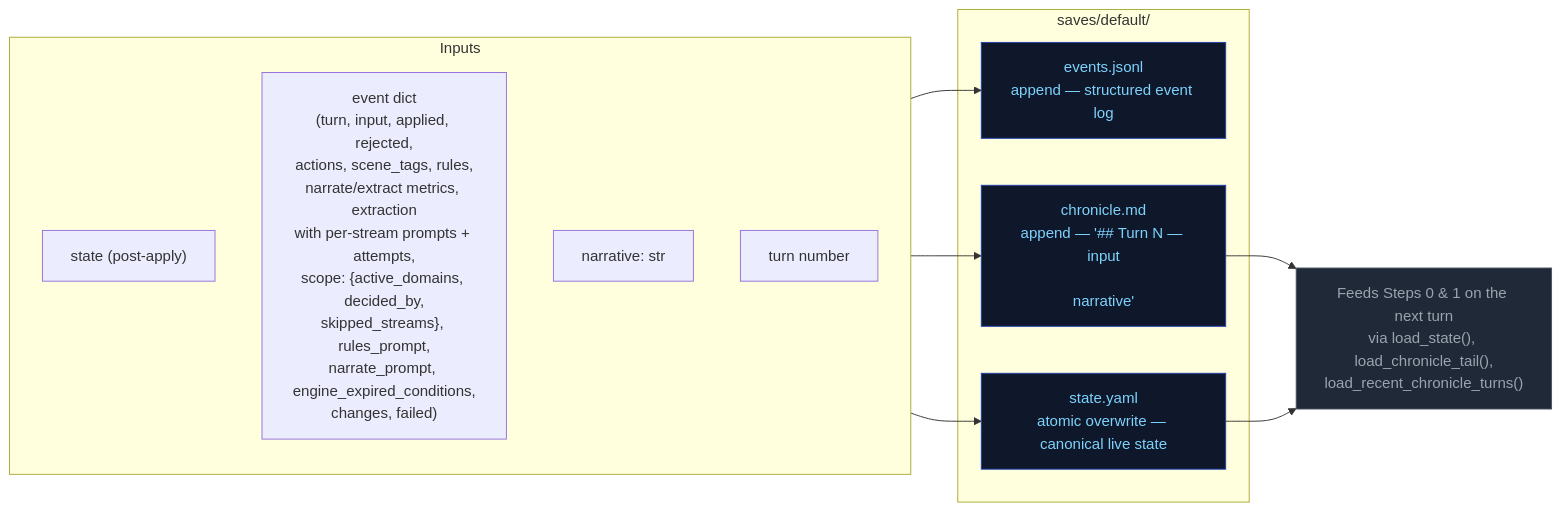
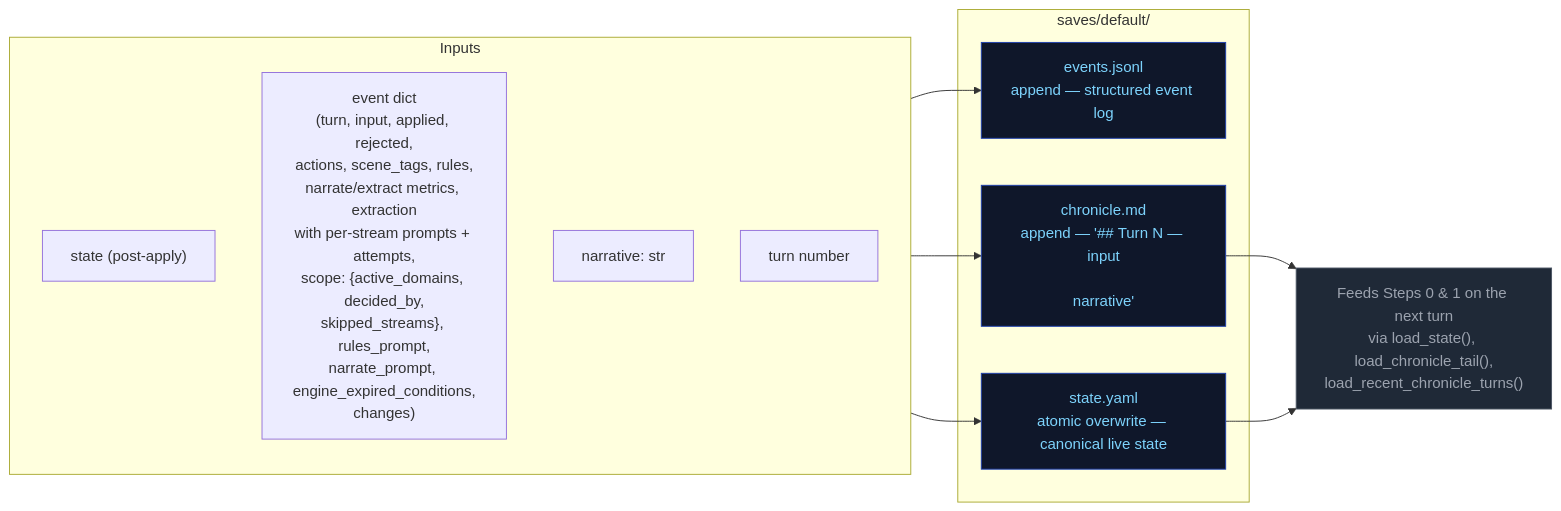
The eighth of 11 diagrams in docs/ARCHITECTURE.md (pww217/fablethread), drawn with Mermaid before and after one commit. The commit also changed other lines of this file and 20 other files, not shown here.

````diff
--- a/docs/ARCHITECTURE.md
+++ b/docs/ARCHITECTURE.md
@@ -354,26 +356,26 @@
 ```mermaid
 flowchart LR
     classDef storageNode fill:#0f172a,color:#7dd3fc,stroke:#1e40af
     classDef pyNode      fill:#1f2937,color:#9ca3af,stroke:#4b5563
 
     subgraph IN["Inputs"]
         P1["state (post-apply)"]
-        P2["event dict<br>(turn, input, applied, rejected,<br>actions, scene_tags, rules,<br>narrate/extract metrics, extraction<br>with per-stream prompts + attempts,<br>scope: {active_domains, decided_by,<br>skipped_streams}, rules_prompt,<br>narrate_prompt, engine_expired_conditions,<br>changes, failed)"]
+        P2["event dict<br>(turn, input, applied, rejected,<br>actions, scene_tags, rules,<br>narrate/extract metrics, extraction<br>with per-stream prompts + attempts,<br>scope: {active_domains, decided_by,<br>skipped_streams}, rules_prompt,<br>narrate_prompt, engine_expired_conditions,<br>changes)"]
         P3["narrative: str"]
         P4["turn number"]
     end
 
     subgraph WRITES["saves/default/"]
         W1["events.jsonl<br>append — structured event log"]:::storageNode
         W2["state.yaml<br>atomic overwrite — canonical live state"]:::storageNode
         W3["chronicle.md<br>append — '## Turn N — input\n\nnarrative'"]:::storageNode
     end
 
     READBACK["Feeds Steps 0 & 1 on the next turn<br>via load_state(), load_chronicle_tail(),<br>load_recent_chronicle_turns()"]:::pyNode
 
     IN --> W1
     IN --> W2
     IN --> W3
     W3 --> READBACK
     W2 --> READBACK
 ```
````
